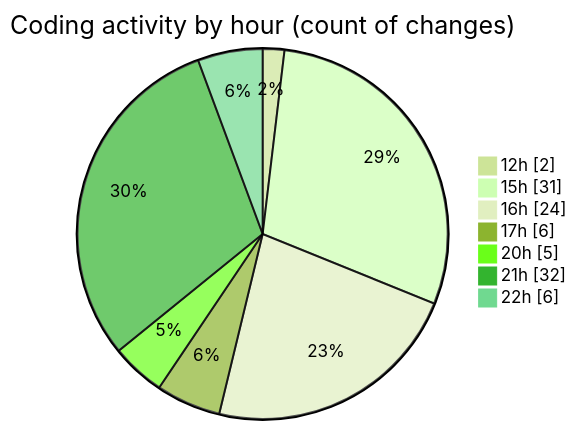
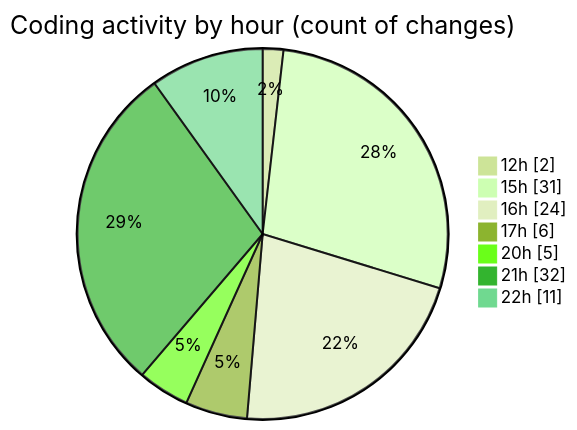
Before and after one commit to momahboobian/code-tracking: the second of 2 diagrams in 2025-02-26/cda/README.md, drawn with Mermaid (forest theme). The commit also changed other lines of this file and 1 other file, not shown here.

````diff
--- a/2025-02-26/cda/README.md
+++ b/2025-02-26/cda/README.md
@@ -48,11 +48,11 @@
 ```mermaid
 pie showData
 title Coding activity by hour (count of changes)
 "12h" : 2
 "15h" : 31
 "16h" : 24
 "17h" : 6
 "20h" : 5
 "21h" : 32
-"22h" : 6
+"22h" : 11
 ```
````
